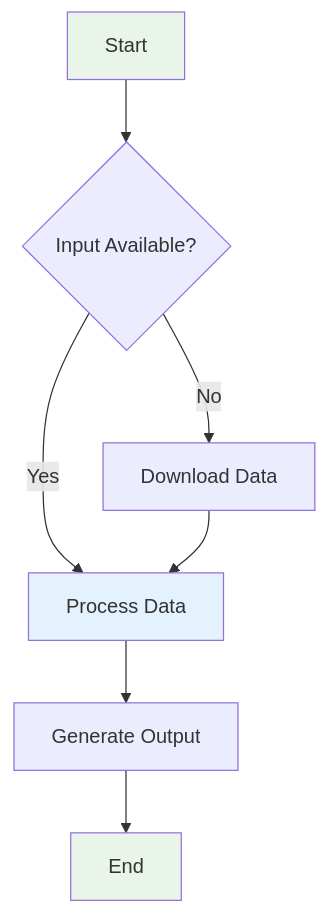
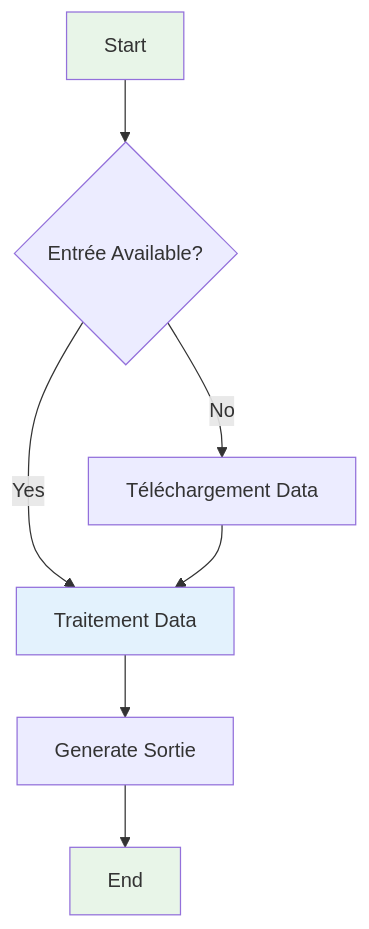
One commit to sducournau/IGN_LIDAR_HD_DATASET changed the first of 12 diagrams in website/i18n/fr/docusaurus-plugin-content-docs/current/mermaid-reference.md. Above: the diagram before and after it, drawn with Mermaid. The commit also changed other lines of this file and 42 other files, not shown here.

````diff
--- a/website/i18n/fr/docusaurus-plugin-content-docs/current/mermaid-reference.md
+++ b/website/i18n/fr/docusaurus-plugin-content-docs/current/mermaid-reference.md
@@ -22,13 +14,13 @@
 ```mermaid
 flowchart TD
-    A[Start] --> B{Input Available?}
-    B -->|Yes| C[Process Data]
-    B -->|No| D[Download Data]
+    A[Start] --> B{Entrée Available?}
+    B -->|Yes| C[Traitement Data]
+    B -->|No| D[Téléchargement Data]
     D --> C
-    C --> E[Generate Output]
+    C --> E[Generate Sortie]
     E --> F[End]
 
     style A fill:#e8f5e8
     style F fill:#e8f5e8
     style C fill:#e3f2fd
 ```
````
